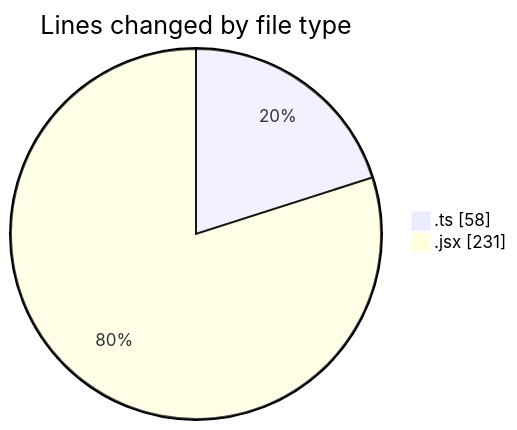
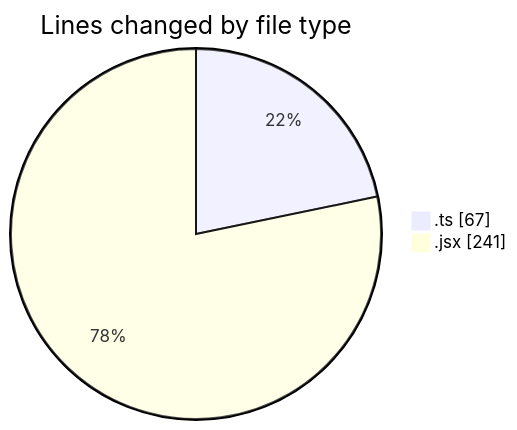
Before and after one commit to robertbonfada/code-tracking: the first of 2 diagrams in 2025-02-08/termonied-web/README.md, drawn with Mermaid. The commit also changed other lines of this file and 1 other file, not shown here.

````diff
--- a/2025-02-08/termonied-web/README.md
+++ b/2025-02-08/termonied-web/README.md
@@ -22,6 +22,6 @@
 ```mermaid
 pie showData
 title Lines changed by file type
-".ts" : 58
-".jsx" : 231
+".ts" : 67
+".jsx" : 241
 ```
````
